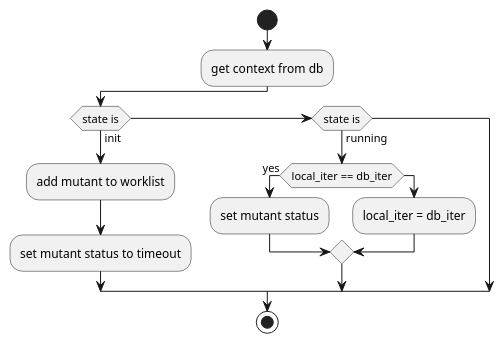
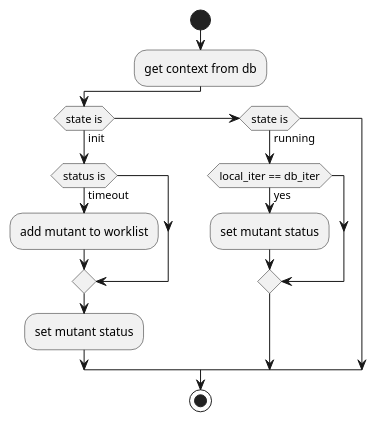
The first of 2 diagrams in plugin/mutate/doc/design/figures/timeout_mutant.pu (joakim-brannstrom/dextool), drawn with PlantUML before and after one commit. The commit also changed 1 other file, not shown here.

```diff
--- a/plugin/mutate/doc/design/figures/timeout_mutant.pu
+++ b/plugin/mutate/doc/design/figures/timeout_mutant.pu
@@ -1,16 +1,16 @@
 @startuml
 'setting a mutant status
 start
 :get context from db;
 if (state is) then (init)
-    :add mutant to worklist;
-    :set mutant status to timeout;
+    if (status is) then (timeout)
+        :add mutant to worklist;
+    endif
+    :set mutant status;
 elseif (state is) then (running)
     if (local_iter == db_iter) then (yes)
         :set mutant status;
-    else
-        :local_iter = db_iter;
     endif
 endif
 stop
 @enduml
```
